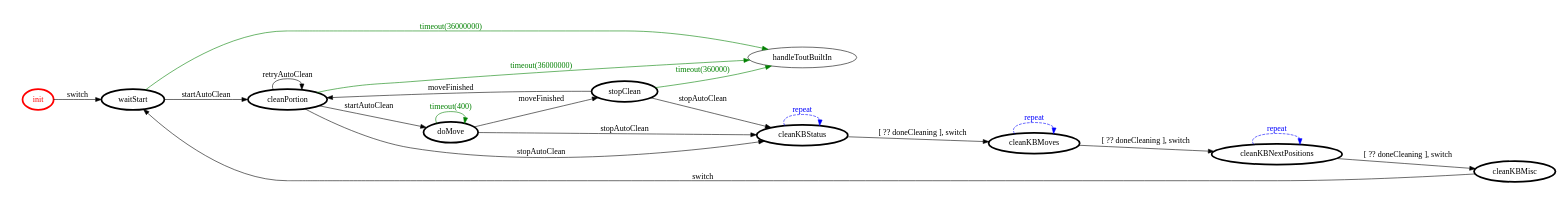
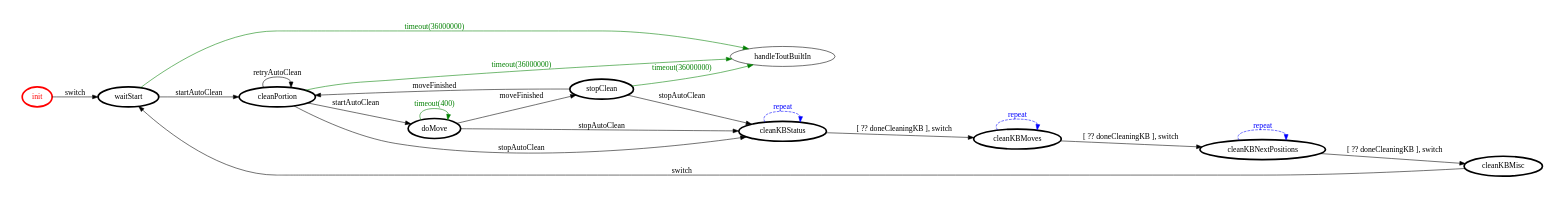
Before and after one commit to piscoTech/uniboIss2018: the diagram in it.unibo.finaltask/srcMore/it/unibo/cleaner/cleaner.gv, drawn with Graphviz. The commit also changed 12 other files, not shown here.

```diff
--- a/it.unibo.finaltask/srcMore/it/unibo/cleaner/cleaner.gv
+++ b/it.unibo.finaltask/srcMore/it/unibo/cleaner/cleaner.gv
@@ -1,42 +1,42 @@
 /*
 *
 * A GraphViz DOT FSM description 
 * Please use a GraphViz visualizer (like http://www.webgraphviz.com)
 *  
 */
 
 digraph finite_state_machine {
 	rankdir=LR
 	size="8,5"
 	
 	init [ color = red ][ fontcolor = red ][ penwidth = 3 ]
 	cleanKBNextPositions [ color = black ][ fontcolor = black ][ penwidth = 3 ]
 	cleanKBMisc [ color = black ][ fontcolor = black ][ penwidth = 3 ]
 	waitStart [ color = black ][ fontcolor = black ][ penwidth = 3 ]
 	cleanKBMoves [ color = black ][ fontcolor = black ][ penwidth = 3 ]
 	doMove [ color = black ][ fontcolor = black ][ penwidth = 3 ]
 	cleanKBStatus [ color = black ][ fontcolor = black ][ penwidth = 3 ]
 	stopClean [ color = black ][ fontcolor = black ][ penwidth = 3 ]
 	cleanPortion [ color = black ][ fontcolor = black ][ penwidth = 3 ]
 	
 	doMove -> doMove [ label = "timeout(400)" ][ color = green ][ fontcolor = green ]
 	cleanPortion -> doMove [ label = "startAutoClean" ][ color = black ][ fontcolor = black ]
+	cleanKBNextPositions -> cleanKBMisc [ label = "[ ?? doneCleaningKB ], switch" ][ color = black ][ fontcolor = black ]
 	cleanKBMisc -> waitStart [ label = "switch" ][ color = black ][ fontcolor = black ]
 	stopClean -> cleanPortion [ label = "moveFinished" ][ color = black ][ fontcolor = black ]
-	cleanKBMoves -> cleanKBNextPositions [ label = "[ ?? doneCleaning ], switch" ][ color = black ][ fontcolor = black ]
 	init -> waitStart [ label = "switch" ][ color = black ][ fontcolor = black ]
 	cleanPortion -> handleToutBuiltIn [ label = "timeout(36000000)" ][ color = green ][ fontcolor = green ]
-	cleanKBStatus -> cleanKBMoves [ label = "[ ?? doneCleaning ], switch" ][ color = black ][ fontcolor = black ]
+	cleanKBMoves -> cleanKBNextPositions [ label = "[ ?? doneCleaningKB ], switch" ][ color = black ][ fontcolor = black ]
+	stopClean -> handleToutBuiltIn [ label = "timeout(36000000)" ][ color = green ][ fontcolor = green ]
 	cleanKBNextPositions -> cleanKBNextPositions [ label = "repeat "][ style = dashed ][ color = blue ][ fontcolor = blue ]
-	cleanKBNextPositions -> cleanKBMisc [ label = "[ ?? doneCleaning ], switch" ][ color = black ][ fontcolor = black ]
 	waitStart -> cleanPortion [ label = "startAutoClean" ][ color = black ][ fontcolor = black ]
 	doMove -> cleanKBStatus [ label = "stopAutoClean" ][ color = black ][ fontcolor = black ]
 	cleanPortion -> cleanKBStatus [ label = "stopAutoClean" ][ color = black ][ fontcolor = black ]
 	stopClean -> cleanKBStatus [ label = "stopAutoClean" ][ color = black ][ fontcolor = black ]
 	cleanPortion -> cleanPortion [ label = "retryAutoClean" ][ color = black ][ fontcolor = black ]
 	doMove -> stopClean [ label = "moveFinished" ][ color = black ][ fontcolor = black ]
 	waitStart -> handleToutBuiltIn [ label = "timeout(36000000)" ][ color = green ][ fontcolor = green ]
-	stopClean -> handleToutBuiltIn [ label = "timeout(360000)" ][ color = green ][ fontcolor = green ]
 	cleanKBStatus -> cleanKBStatus [ label = "repeat "][ style = dashed ][ color = blue ][ fontcolor = blue ]
 	cleanKBMoves -> cleanKBMoves [ label = "repeat "][ style = dashed ][ color = blue ][ fontcolor = blue ]
+	cleanKBStatus -> cleanKBMoves [ label = "[ ?? doneCleaningKB ], switch" ][ color = black ][ fontcolor = black ]
 }
```
